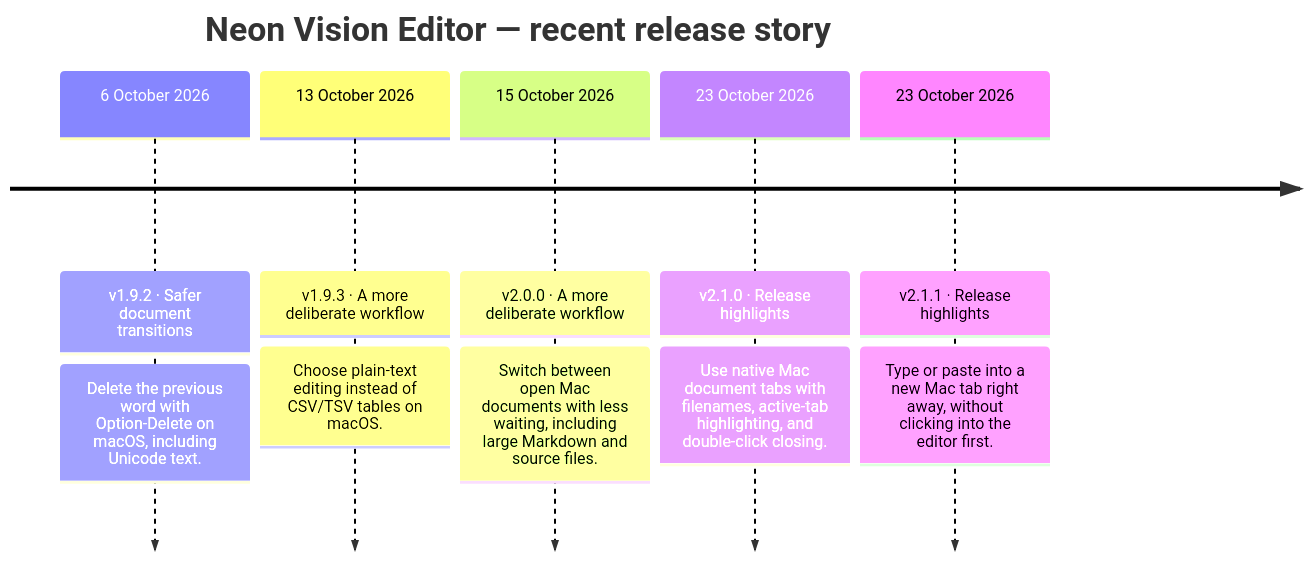
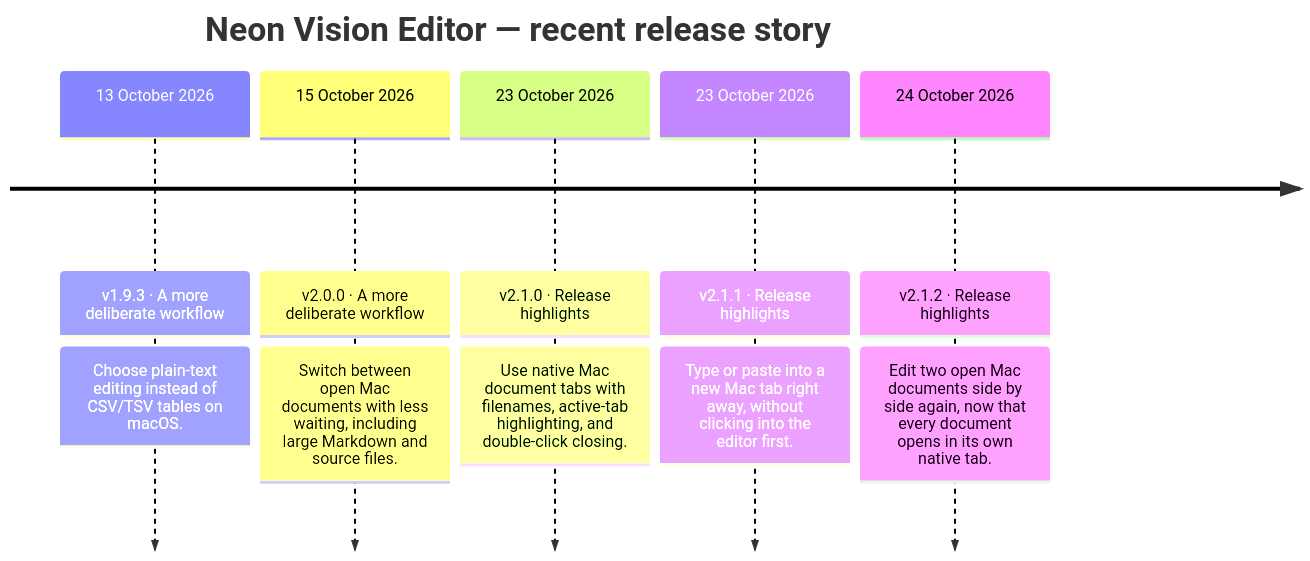
Before and after one commit to h3pdesign/Neon-Vision-Editor: the diagram in README.md, drawn with Mermaid. The commit also changed other lines of this file and 9 other files, not shown here.

````diff
--- a/README.md
+++ b/README.md
@@ -760,14 +757,14 @@
 ```mermaid
 timeline
     title Neon Vision Editor — recent release story
-    6 October 2026 : v1.9.2 · Safer document transitions
-                : Delete the previous word with Option-Delete on macOS, including Unicode text.
     13 October 2026 : v1.9.3 · A more deliberate workflow
                 : Choose plain-text editing instead of CSV/TSV tables on macOS.
     15 October 2026 : v2.0.0 · A more deliberate workflow
                 : Switch between open Mac documents with less waiting, including large Markdown and source files.
     23 October 2026 : v2.1.0 · Release highlights
                 : Use native Mac document tabs with filenames, active-tab highlighting, and double-click closing.
     23 October 2026 : v2.1.1 · Release highlights
                 : Type or paste into a new Mac tab right away, without clicking into the editor first.
+    24 October 2026 : v2.1.2 · Release highlights
+                : Edit two open Mac documents side by side again, now that every document opens in its own native tab.
 ```
````
